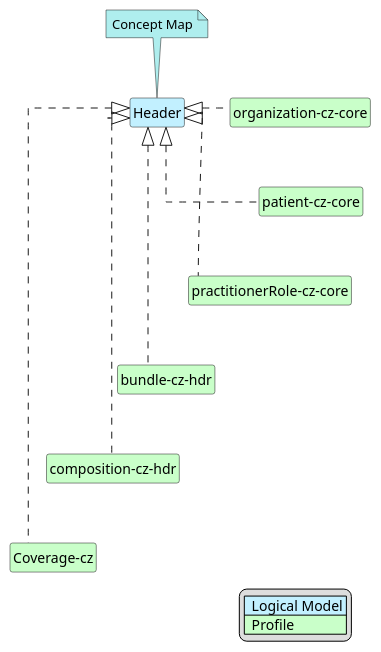
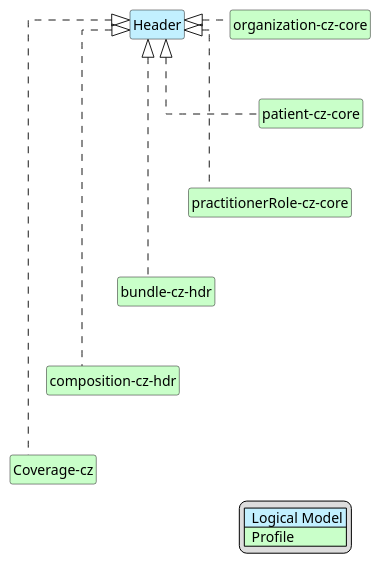
Before and after one commit to HL7-cz/hdr: the diagram in input/images-source/Header-map.plantuml, drawn with PlantUML. The commit also changed 29 other files, not shown here.

```diff
--- a/input/images-source/Header-map.plantuml
+++ b/input/images-source/Header-map.plantuml
@@ -1,36 +1,34 @@
 @startuml
 hide circle
 hide stereotype
 hide members
 hide methods
 skinparam linetype ortho
 skinparam class {
 BackgroundColor<<LogicalModel>> #APPLICATION
 BackgroundColor<<Profile>> #TECHNOLOGY
 }
 legend right
 | <#APPLICATION>  Logical Model |
 | <#TECHNOLOGY>  Profile |
 endlegend
 class "Header" <<LogicalModel>> [[StructureDefinition-Header.html]]
-note top #PaleTurquoise [[ConceptMap-hdrHeader2FHIR-cz-hdr.html]]
-Concept Map
-endnote
+
 class "organization-cz-core" <<Profile>> [[https://build.fhir.org/ig/HL7-cz/cz-core/StructureDefinition-cz-organization-core.html]]
 "Header" <|. "organization-cz-core"
 class "patient-cz-core" <<Profile>> [[https://build.fhir.org/ig/HL7-cz/cz-core/StructureDefinition-cz-patient-core.html]]
 "Header" <|. "patient-cz-core"
 "organization-cz-core" -d[hidden]-> "patient-cz-core"
 class "practitionerRole-cz-core" <<Profile>> [[https://build.fhir.org/ig/HL7-cz/cz-core/StructureDefinition-cz-practitionerrole-core.html]]
 "Header" <|. "practitionerRole-cz-core"
 "patient-cz-core" -d[hidden]-> "practitionerRole-cz-core"
 class "bundle-cz-hdr" <<Profile>> [[StructureDefinition-cz-bundle-hdr.html]]
 "Header" <|. "bundle-cz-hdr"
 "practitionerRole-cz-core" -d[hidden]-> "bundle-cz-hdr"
 class "composition-cz-hdr" <<Profile>> [[StructureDefinition-cz-composition-hdr.html]]
 "Header" <|. "composition-cz-hdr"
 "bundle-cz-hdr" -d[hidden]-> "composition-cz-hdr"
 class "Coverage-cz" <<Profile>> [[https://build.fhir.org/ig/HL7-cz/cz-core/StructureDefinition-cz-coverage.html]]
 "Header" <|. "Coverage-cz"
 "composition-cz-hdr" -d[hidden]-> "Coverage-cz"
 @enduml
```
